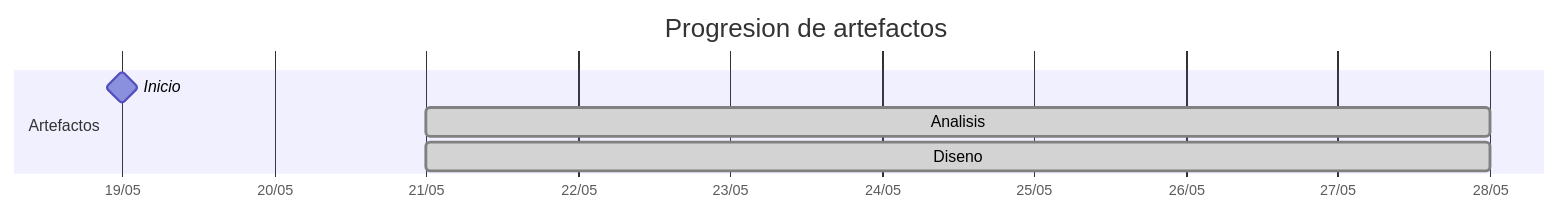
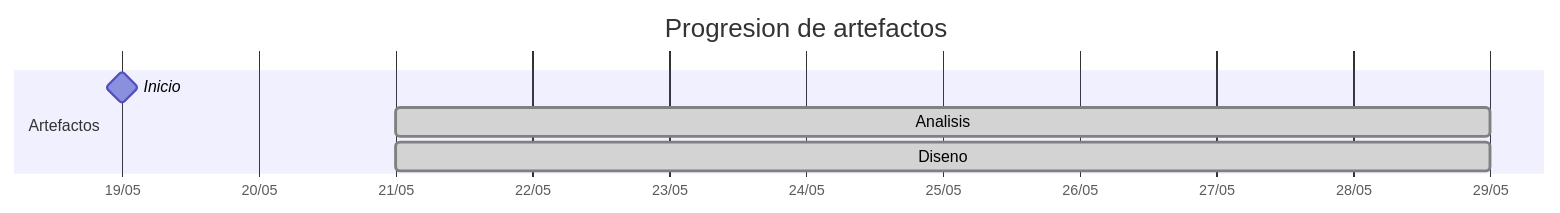
One commit to carlos-alvarado-25/25-26-idsw2-sdVC changed the diagram in TIMELINES/franvenero.md. Above: the diagram before and after it, drawn with Mermaid. The commit also changed other lines of this file and 25 other files, not shown here.

````diff
--- a/TIMELINES/franvenero.md
+++ b/TIMELINES/franvenero.md
@@ -18,10 +22,10 @@
 ```mermaid
 gantt
     title Progresion de artefactos
     dateFormat YYYY-MM-DD
     axisFormat %d/%m
     section Artefactos
         Inicio       :milestone, 2026-05-19, 0d
-        Analisis     :done, 2026-05-21, 2026-05-28
-        Diseno       :done, 2026-05-21, 2026-05-28
+        Analisis     :done, 2026-05-21, 2026-05-29
+        Diseno       :done, 2026-05-21, 2026-05-29
 ```
````
